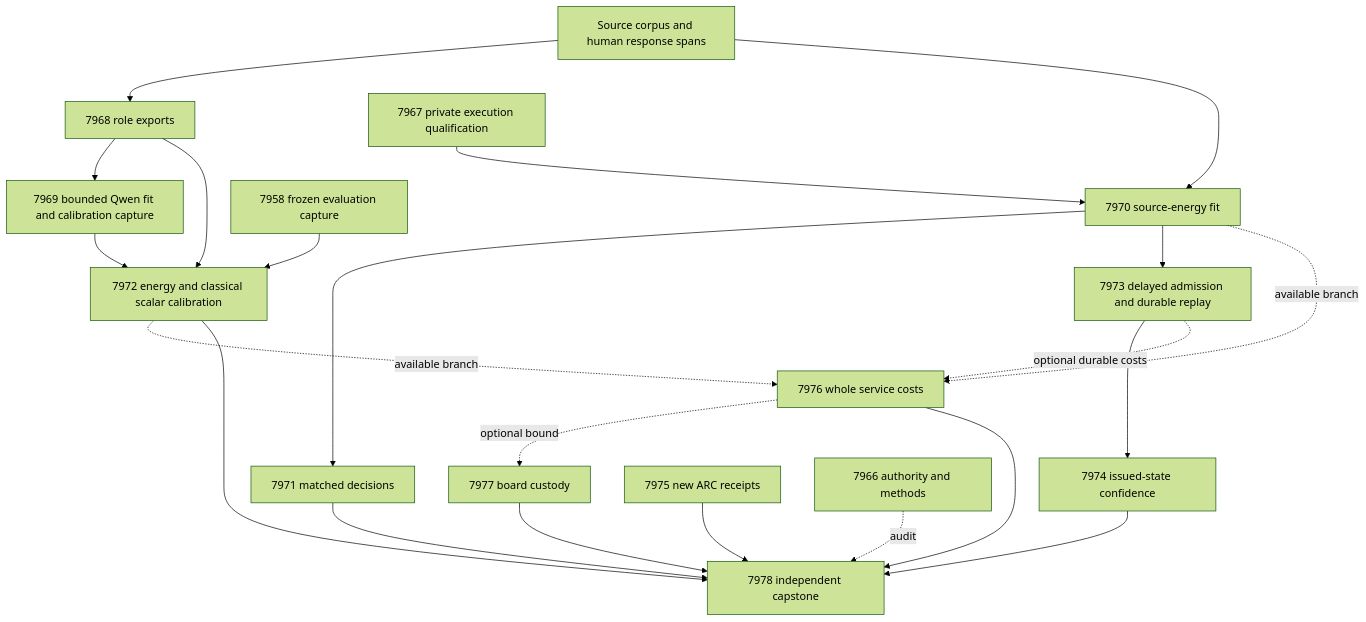
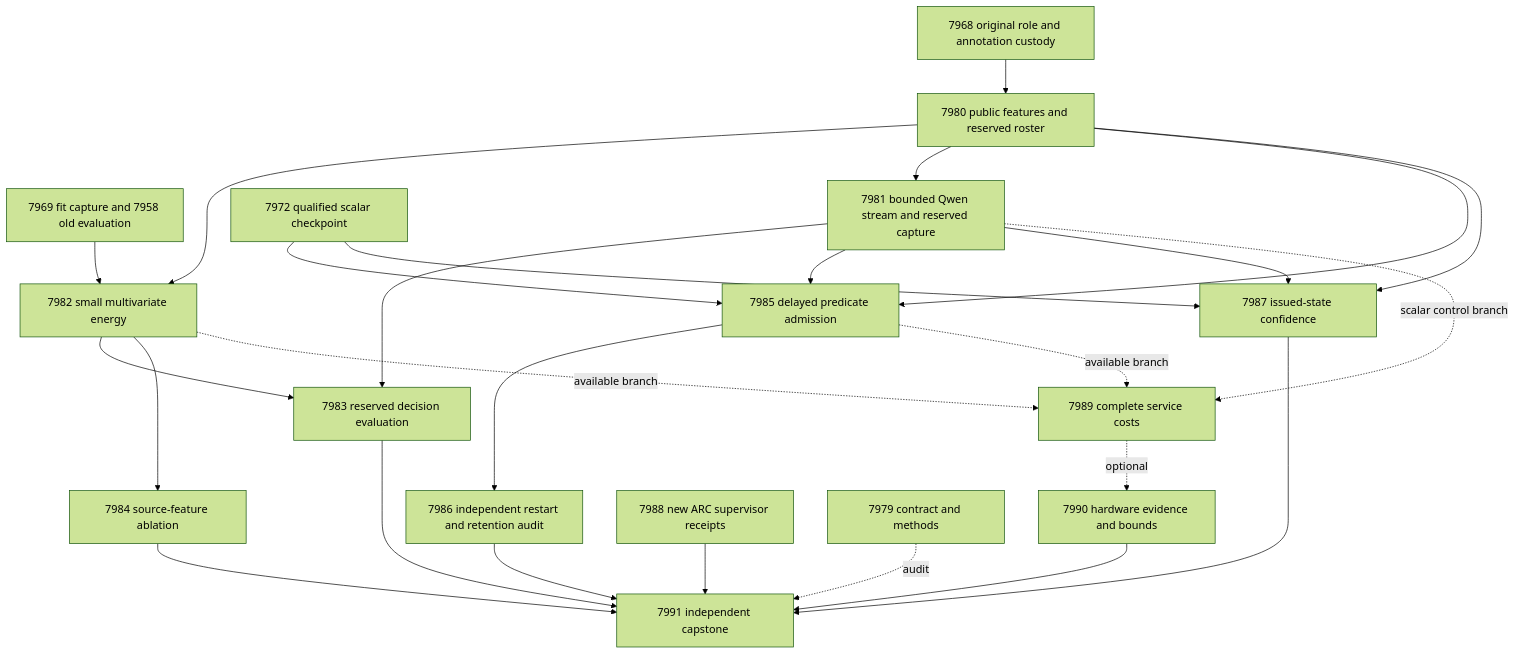
One commit to Carnot-EBM/carnot-ebm changed the diagram in openspec/change-proposals/research-roadmap-vNEXT.md. Above: the diagram before and after it, drawn with Mermaid (forest theme). The commit also changed other lines of this file and 16 other files, not shown here.

````diff
--- a/openspec/change-proposals/research-roadmap-vNEXT.md
+++ b/openspec/change-proposals/research-roadmap-vNEXT.md
@@ -91,24 +82,28 @@
 ```mermaid
 flowchart TD
-  H[Source corpus and human response spans] --> R[7968 role exports]
-  Q[7967 private execution qualification] --> F[7970 source-energy fit]
-  H --> F
-  R --> C[7969 bounded Qwen fit and calibration capture]
-  C --> K[7972 energy and classical scalar calibration]
-  V[7958 frozen evaluation capture] --> K
-  R --> K
-  F --> D[7971 matched decisions]
-  F --> L[7973 delayed admission and durable replay]
-  L --> A[7974 issued-state confidence]
-  F -. available branch .-> S[7976 whole service costs]
-  K -. available branch .-> S
-  L -. optional durable costs .-> S
-  S -. optional bound .-> B[7977 board custody]
-  X[7975 new ARC receipts] --> Z[7978 independent capstone]
+  H[7968 original role and annotation custody] --> F[7980 public features and reserved roster]
+  Q[7969 fit capture and 7958 old evaluation] --> T[7982 small multivariate energy]
+  F --> T
+  F --> C[7981 bounded Qwen stream and reserved capture]
+  C --> D[7983 reserved decision evaluation]
+  T --> D
+  T --> A[7984 source-feature ablation]
+  B[7972 qualified scalar checkpoint] --> L[7985 delayed predicate admission]
+  C --> L
+  F --> L
+  L --> R[7986 independent restart and retention audit]
+  B --> I[7987 issued-state confidence]
+  C --> I
+  F --> I
+  T -. available branch .-> S[7989 complete service costs]
+  L -. available branch .-> S
+  C -. scalar control branch .-> S
+  S -. optional .-> W[7990 hardware evidence and bounds]
+  X[7988 new ARC supervisor receipts] --> Z[7991 independent capstone]
   D --> Z
-  K --> Z
   A --> Z
-  S --> Z
-  B --> Z
-  M[7966 authority and methods] -. audit .-> Z
+  R --> Z
+  I --> Z
+  W --> Z
+  M[7979 contract and methods] -. audit .-> Z
 ```
````
